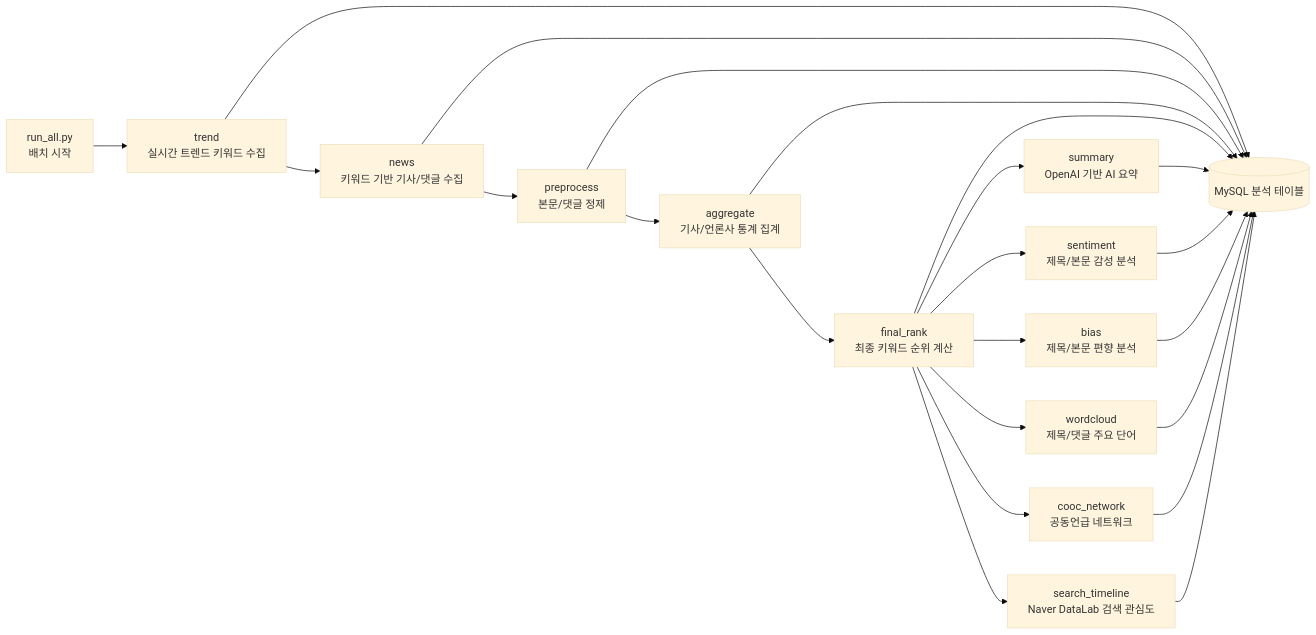
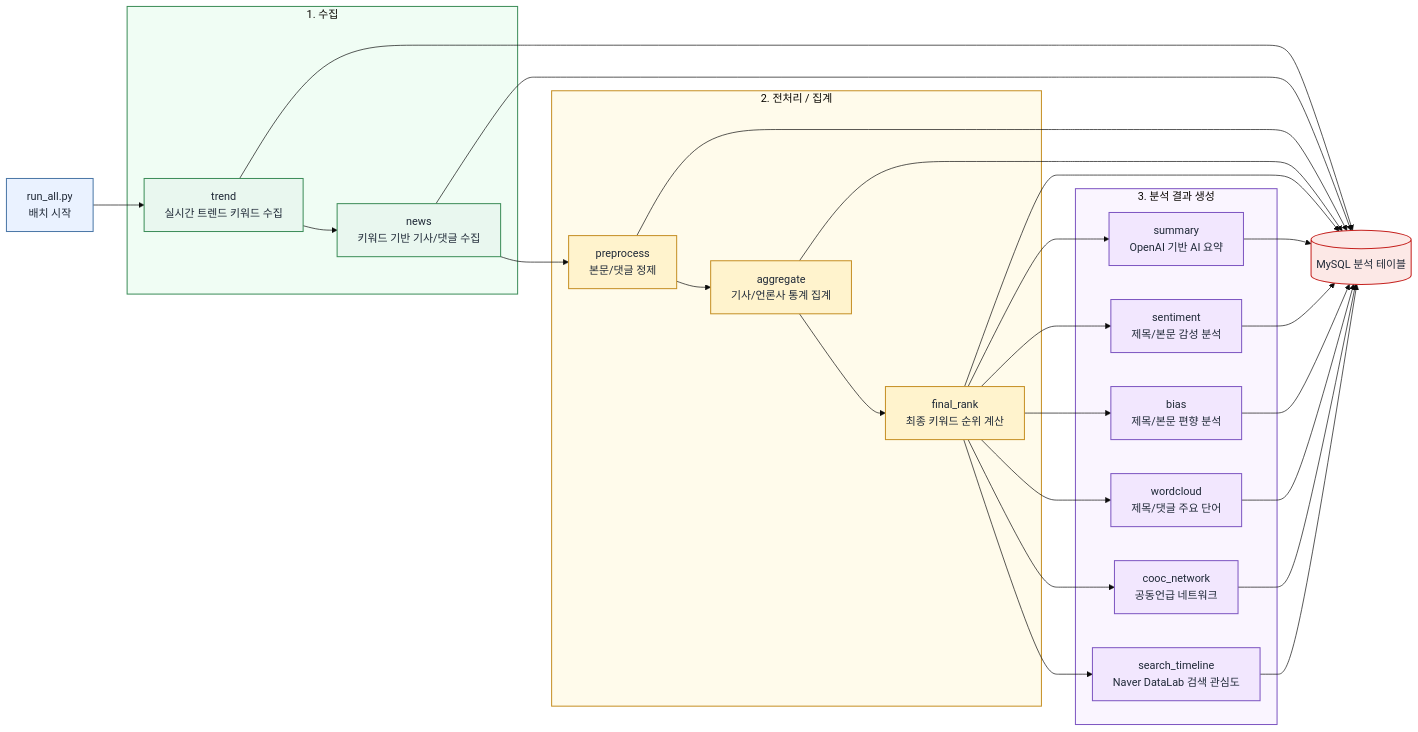
One commit to sssat/graduation-project changed the fourth of 7 diagrams in docs/architecture-draft.md. Above: the diagram before and after it, drawn with Mermaid (base theme). The commit also changed other lines of this file, not shown here.

````diff
--- a/docs/architecture-draft.md
+++ b/docs/architecture-draft.md
@@ -129,36 +182,60 @@
 ```mermaid
 flowchart LR
   Start["run_all.py<br/>배치 시작"]
-  Trend["trend<br/>실시간 트렌드 키워드 수집"]
-  News["news<br/>키워드 기반 기사/댓글 수집"]
-  Preprocess["preprocess<br/>본문/댓글 정제"]
-  Aggregate["aggregate<br/>기사/언론사 통계 집계"]
-  FinalRank["final_rank<br/>최종 키워드 순위 계산"]
-  Summary["summary<br/>OpenAI 기반 AI 요약"]
-  Sentiment["sentiment<br/>제목/본문 감성 분석"]
-  Bias["bias<br/>제목/본문 편향 분석"]
-  Wordcloud["wordcloud<br/>제목/댓글 주요 단어"]
-  Cooc["cooc_network<br/>공동언급 네트워크"]
-  SearchTimeline["search_timeline<br/>Naver DataLab 검색 관심도"]
+
+  subgraph Collect["1. 수집"]
+    Trend["trend<br/>실시간 트렌드 키워드 수집"]
+    News["news<br/>키워드 기반 기사/댓글 수집"]
+  end
+
+  subgraph Prepare["2. 전처리 / 집계"]
+    Preprocess["preprocess<br/>본문/댓글 정제"]
+    Aggregate["aggregate<br/>기사/언론사 통계 집계"]
+    FinalRank["final_rank<br/>최종 키워드 순위 계산"]
+  end
+
+  subgraph Analyze["3. 분석 결과 생성"]
+    Summary["summary<br/>OpenAI 기반 AI 요약"]
+    Sentiment["sentiment<br/>제목/본문 감성 분석"]
+    Bias["bias<br/>제목/본문 편향 분석"]
+    Wordcloud["wordcloud<br/>제목/댓글 주요 단어"]
+    Cooc["cooc_network<br/>공동언급 네트워크"]
+    SearchTimeline["search_timeline<br/>Naver DataLab 검색 관심도"]
+  end
+
   DB[("MySQL 분석 테이블")]
 
   Start --> Trend --> News --> Preprocess --> Aggregate --> FinalRank
   FinalRank --> Summary
   FinalRank --> Sentiment
   FinalRank --> Bias
   FinalRank --> Wordcloud
   FinalRank --> Cooc
   FinalRank --> SearchTimeline
 
   Trend --> DB
   News --> DB
   Preprocess --> DB
   Aggregate --> DB
   FinalRank --> DB
   Summary --> DB
   Sentiment --> DB
   Bias --> DB
   Wordcloud --> DB
   Cooc --> DB
   SearchTimeline --> DB
+
+  classDef start fill:#EAF2FF,stroke:#4C78A8,color:#1F2937,stroke-width:1.5px
+  classDef collect fill:#E9F7EF,stroke:#3E8E5A,color:#1F2937,stroke-width:1.5px
+  classDef prepare fill:#FFF3CD,stroke:#C69026,color:#1F2937,stroke-width:1.5px
+  classDef analyze fill:#F2E7FE,stroke:#7E57C2,color:#1F2937,stroke-width:1.5px
+  classDef db fill:#FCE8E6,stroke:#C5221F,color:#1F2937,stroke-width:1.5px
+  class Start start
+  class Trend,News collect
+  class Preprocess,Aggregate,FinalRank prepare
+  class Summary,Sentiment,Bias,Wordcloud,Cooc,SearchTimeline analyze
+  class DB db
+  style Collect fill:#F0FDF4,stroke:#3E8E5A,stroke-width:1.5px
+  style Prepare fill:#FFFBEB,stroke:#C69026,stroke-width:1.5px
+  style Analyze fill:#FAF5FF,stroke:#7E57C2,stroke-width:1.5px
 ```
````
